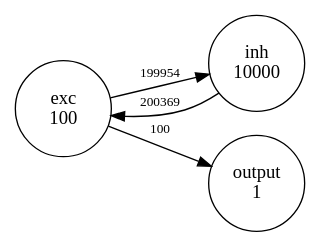
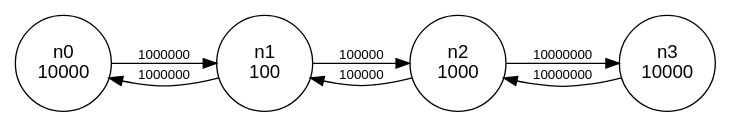
One commit to drghirlanda/mint changed the diagram in example/speed/speed.dot. Above: the diagram before and after it, drawn with Graphviz. The commit also changed 2 other files, not shown here.

```diff
--- a/example/speed/speed.dot
+++ b/example/speed/speed.dot
@@ -1,11 +1,15 @@
 digraph network {
 rankdir=LR
-node [fixedsize=true height=1 shape=circle]
-edge [fontsize=10]
-n0 [label="exc\n100"]
-n1 [label="inh\n10000"]
-n2 [label="output\n1"]
-n0 -> n1 [label="199954"]
-n1 -> n0 [label="200369"]
-n0 -> n2 [label="100"]
+node [fixedsize=true height=1 shape=circle fontname=Helvetica]
+edge [fontsize=10 fontname=Helvetica]
+n0 [label="n0\n10000"]
+n1 [label="n1\n100"]
+n2 [label="n2\n1000"]
+n3 [label="n3\n10000"]
+n0 -> n1 [label="1000000"]
+n1 -> n0 [label="1000000"]
+n1 -> n2 [label="100000"]
+n2 -> n1 [label="100000"]
+n2 -> n3 [label="10000000"]
+n3 -> n2 [label="10000000"]
 }
```
